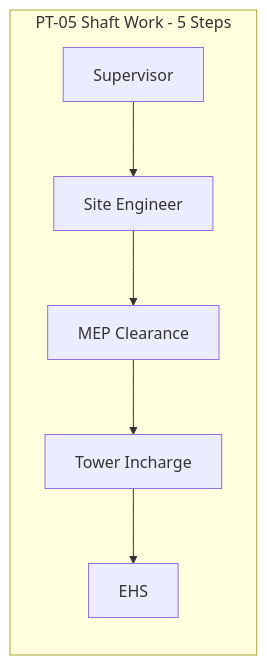
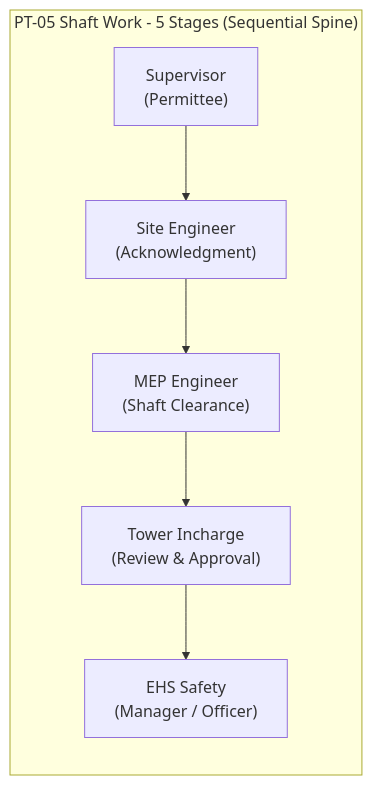
Before and after one commit to AuroGroupAutomationBot/ARPL-EHS-Demo: the sixth of 25 diagrams in README.md, drawn with Mermaid. The commit also changed other lines of this file, not shown here.

````diff
--- a/README.md
+++ b/README.md
@@ -292,9 +320,9 @@
 ```mermaid
 graph LR
-    subgraph "PT-05 Shaft Work - 5 Steps"
-        S1["Supervisor"] --> S2["Site Engineer"]
-        S2 --> S3["MEP Clearance"]
-        S3 --> S4["Tower Incharge"]
-        S4 --> S5["EHS"]
+    subgraph "PT-05 Shaft Work - 5 Stages (Sequential Spine)"
+        S1["Supervisor<br/>(Permittee)"] --> S2["Site Engineer<br/>(Acknowledgment)"]
+        S2 --> S3["MEP Engineer<br/>(Shaft Clearance)"]
+        S3 --> S4["Tower Incharge<br/>(Review & Approval)"]
+        S4 --> S5["EHS Safety<br/>(Manager / Officer)"]
     end
 ```
````
